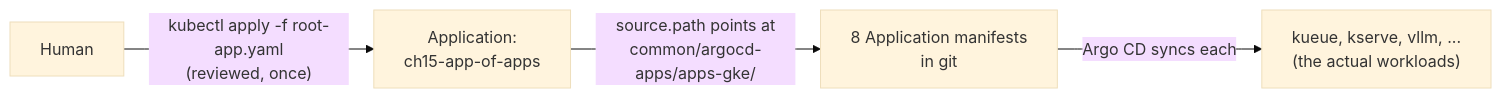
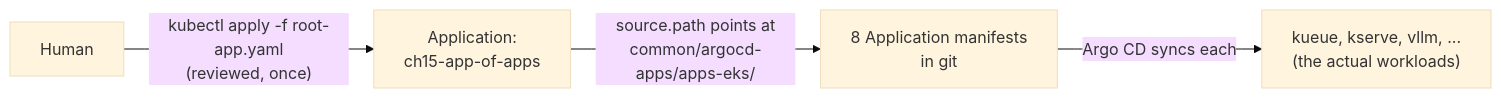
The second of 3 diagrams in 15-mlops-gitops-and-pipelines/README.md (GitOpsHub/kubernetes-ai-infrastructure), drawn with Mermaid (base theme) before and after one commit. The commit also changed other lines of this file and 25 other files, not shown here.

````diff
--- a/15-mlops-gitops-and-pipelines/README.md
+++ b/15-mlops-gitops-and-pipelines/README.md
@@ -98,6 +98,6 @@
 ```mermaid
 flowchart LR
     Human -->|"kubectl apply -f root-app.yaml<br/>(reviewed, once)"| Root["Application:<br/>ch15-app-of-apps"]
-    Root -->|"source.path points at<br/>common/argocd-apps/apps-gke/"| Dir["8 Application manifests<br/>in git"]
+    Root -->|"source.path points at<br/>common/argocd-apps/apps-eks/"| Dir["8 Application manifests<br/>in git"]
     Dir -->|"Argo CD syncs each"| Children["kueue, kserve, vllm, ...<br/>(the actual workloads)"]
 ```
````
